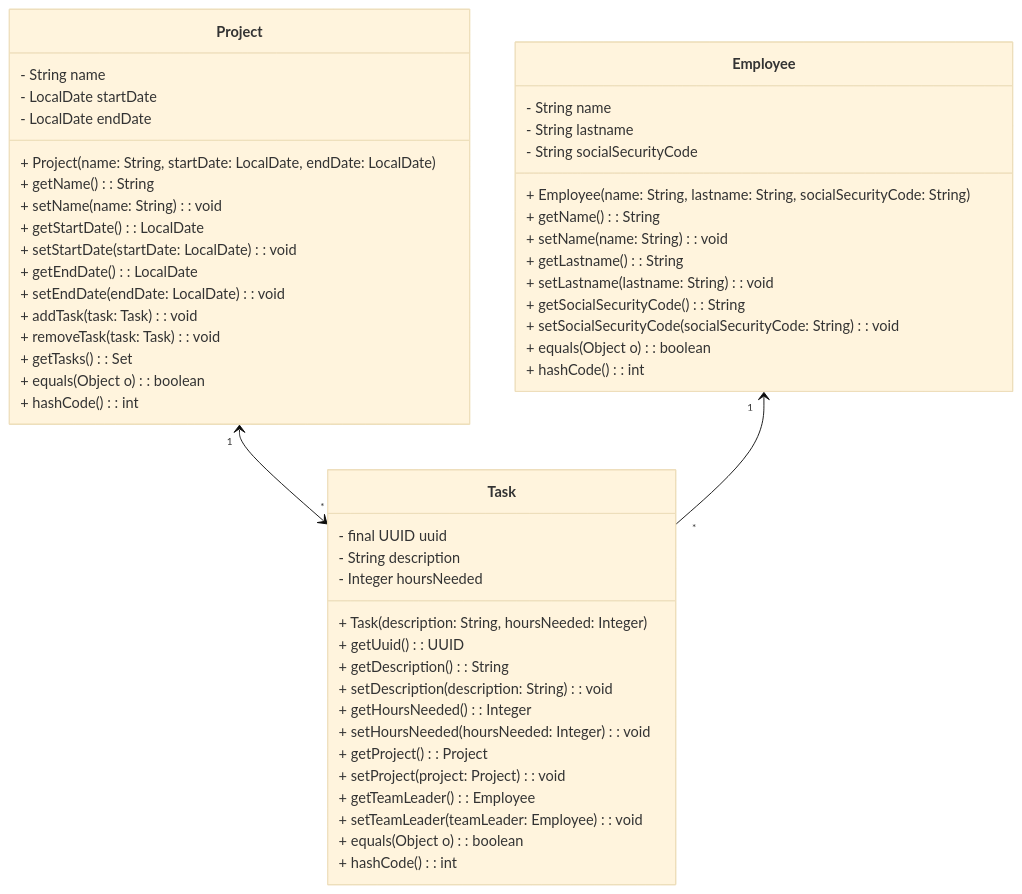
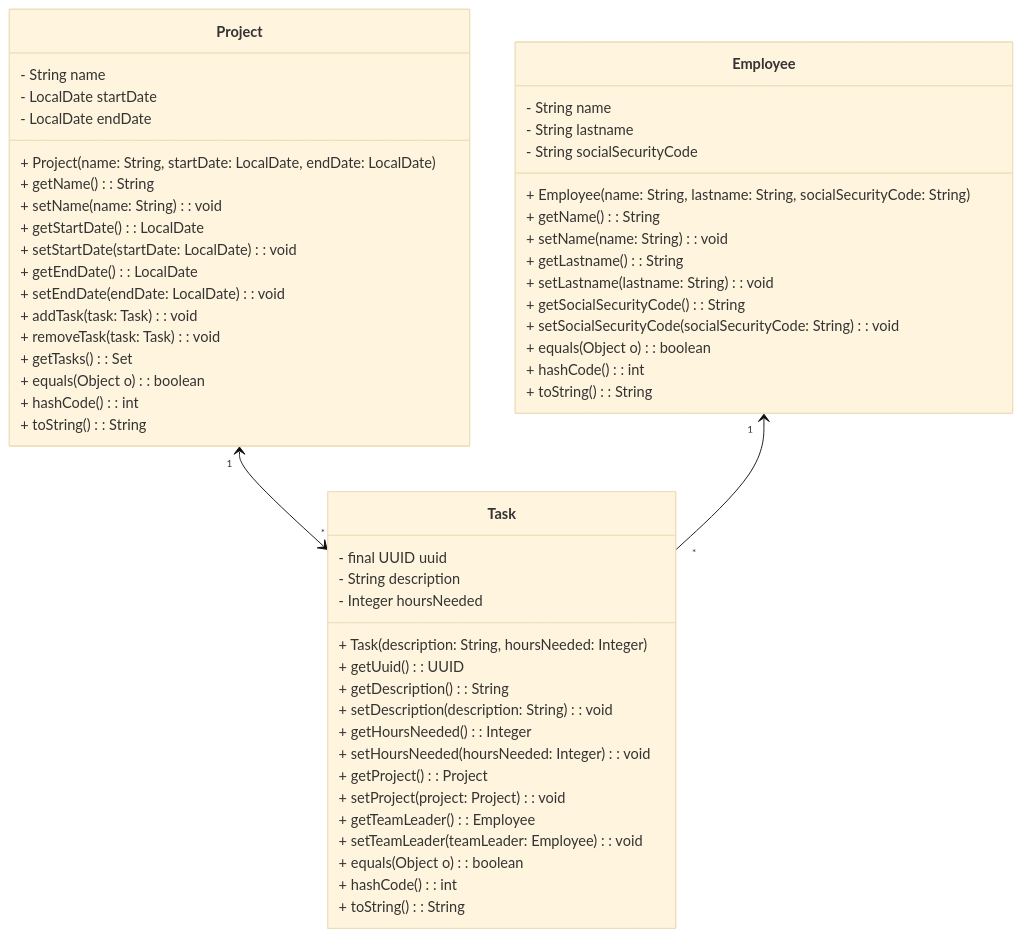
One commit to MarinCervinschi/ObjectOrientedProgramming changed the diagram in exercices/src/main/java/collections/README.md. Above: the diagram before and after it, drawn with Mermaid (base theme). The commit also changed other lines of this file and 1 other file, not shown here.

````diff
--- a/exercices/src/main/java/collections/README.md
+++ b/exercices/src/main/java/collections/README.md
@@ -274,56 +303,59 @@
 ```mermaid
 classDiagram
     class Project {
         - String name
         - LocalDate startDate
         - LocalDate endDate
         + Project(name: String, startDate: LocalDate, endDate: LocalDate)
         + getName(): String
         + setName(name: String): void
         + getStartDate(): LocalDate
         + setStartDate(startDate: LocalDate): void
         + getEndDate(): LocalDate
         + setEndDate(endDate: LocalDate): void
         + addTask(task: Task): void
         + removeTask(task: Task): void
         + getTasks(): Set<Task>
         + equals(Object o) : boolean 
         + hashCode() : int
+        + toString() : String
     }
 
     class Task {
         - final UUID uuid
         - String description
         - Integer hoursNeeded
         + Task(description: String, hoursNeeded: Integer)
         + getUuid(): UUID
         + getDescription(): String
         + setDescription(description: String): void
         + getHoursNeeded(): Integer
         + setHoursNeeded(hoursNeeded: Integer): void
         + getProject(): Project
         + setProject(project: Project): void
         + getTeamLeader(): Employee
         + setTeamLeader(teamLeader: Employee): void
         + equals(Object o) : boolean
         + hashCode() : int
+        + toString() : String
     }
 
     class Employee {
         - String name
         - String lastname
         - String socialSecurityCode
         + Employee(name: String, lastname: String, socialSecurityCode: String)
         + getName(): String
         + setName(name: String): void
         + getLastname(): String
         + setLastname(lastname: String): void
         + getSocialSecurityCode(): String
         + setSocialSecurityCode(socialSecurityCode: String): void
         + equals(Object o) : boolean
         + hashCode() : int
+        + toString() : String
     }
     Project "1" <--> "*" Task
     Employee "1" <-- "*" Task
     
 ```
````
